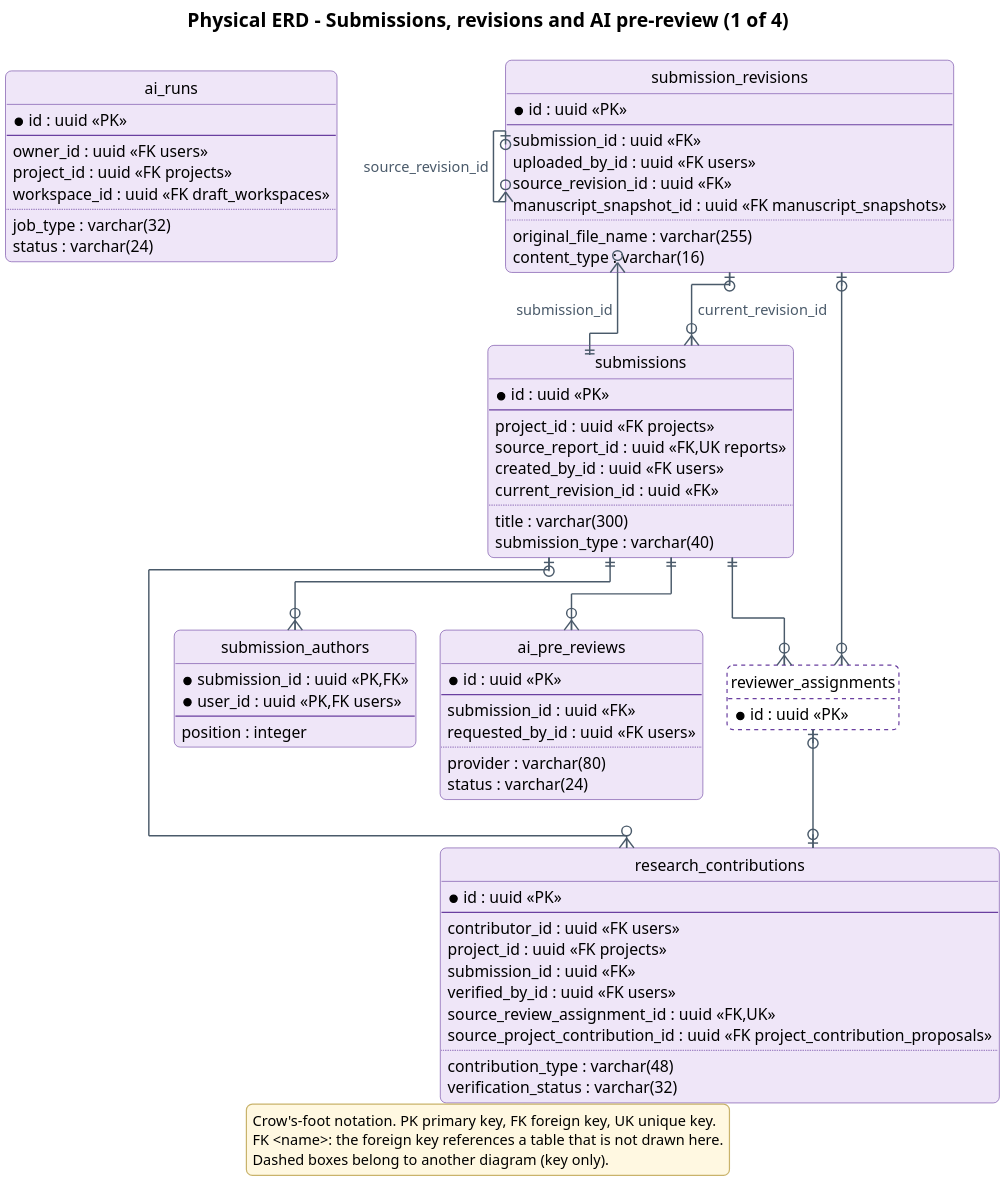
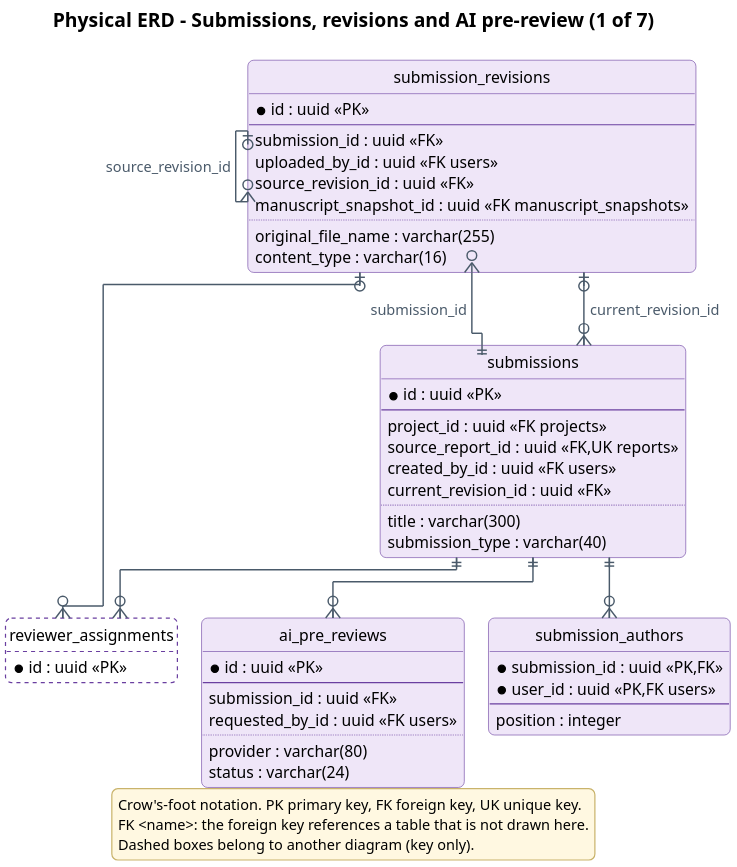
Before and after one commit to Khoa-Hoa-Technology-Solution-Company/lumi-gap: the diagram in docs/diagrams/report4/R4_ERD_review_a.puml, drawn with PlantUML. The commit also changed 202 other files, not shown here.

First line of the commit message:
docs: relayout report diagrams with orthogonal hand-placed layouts

```diff
--- a/docs/diagrams/report4/R4_ERD_review_a.puml
+++ b/docs/diagrams/report4/R4_ERD_review_a.puml
@@ -1,105 +1,80 @@
 @startuml
 !pragma layout elk
 skinparam dpi 200
 skinparam defaultFontName "Segoe UI"
 skinparam defaultFontSize 13
 skinparam shadowing false
 skinparam roundCorner 10
 skinparam backgroundColor #FFFFFF
 skinparam ArrowColor #4A5A6A
 skinparam ArrowThickness 1.2
 skinparam ArrowFontSize 12
 skinparam ArrowFontColor #4A5A6A
 skinparam TitleFontSize 16
 skinparam TitleFontStyle bold
 skinparam entity {
   BackgroundColor #EFE6F8
   BorderColor #6A3FA0
 }
 skinparam legend {
   BackgroundColor #FFF8E1
   BorderColor #C9B36B
   FontSize 12
 }
 skinparam stereotypeFontSize 10
 hide circle
 hide empty methods
-title Physical ERD - Submissions, revisions and AI pre-review (1 of 4)
+title Physical ERD - Submissions, revisions and AI pre-review (1 of 7)
 entity submissions #EFE6F8;line:6A3FA0 {
   * id : uuid <<PK>>
   --
   project_id : uuid <<FK projects>>
   source_report_id : uuid <<FK,UK reports>>
   created_by_id : uuid <<FK users>>
   current_revision_id : uuid <<FK>>
   ..
   title : varchar(300)
   submission_type : varchar(40)
 }
 entity submission_authors #EFE6F8;line:6A3FA0 {
   * submission_id : uuid <<PK,FK>>
   * user_id : uuid <<PK,FK users>>
   --
   position : integer
 }
 entity submission_revisions #EFE6F8;line:6A3FA0 {
   * id : uuid <<PK>>
   --
   submission_id : uuid <<FK>>
   uploaded_by_id : uuid <<FK users>>
   source_revision_id : uuid <<FK>>
   manuscript_snapshot_id : uuid <<FK manuscript_snapshots>>
   ..
   original_file_name : varchar(255)
   content_type : varchar(16)
 }
 entity ai_pre_reviews #EFE6F8;line:6A3FA0 {
   * id : uuid <<PK>>
   --
   submission_id : uuid <<FK>>
   requested_by_id : uuid <<FK users>>
   ..
   provider : varchar(80)
   status : varchar(24)
 }
-entity ai_runs #EFE6F8;line:6A3FA0 {
-  * id : uuid <<PK>>
-  --
-  owner_id : uuid <<FK users>>
-  project_id : uuid <<FK projects>>
-  workspace_id : uuid <<FK draft_workspaces>>
-  ..
-  job_type : varchar(32)
-  status : varchar(24)
-}
-entity research_contributions #EFE6F8;line:6A3FA0 {
-  * id : uuid <<PK>>
-  --
-  contributor_id : uuid <<FK users>>
-  project_id : uuid <<FK projects>>
-  submission_id : uuid <<FK>>
-  verified_by_id : uuid <<FK users>>
-  source_review_assignment_id : uuid <<FK,UK>>
-  source_project_contribution_id : uuid <<FK project_contribution_proposals>>
-  ..
-  contribution_type : varchar(48)
-  verification_status : varchar(32)
-}
 entity reviewer_assignments #FFFFFF;line:6A3FA0;line.dashed {
   * id : uuid <<PK>>
 }
-reviewer_assignments |o--o| research_contributions
 submission_revisions |o--o{ reviewer_assignments
 submission_revisions |o--o{ submission_revisions : source_revision_id
 submission_revisions |o--o{ submissions : current_revision_id
 submissions ||--o{ ai_pre_reviews
-submissions |o--o{ research_contributions
 submissions ||--o{ reviewer_assignments
 submissions ||--o{ submission_authors
 submissions ||--o{ submission_revisions : submission_id
 legend bottom
 Crow's-foot notation. PK primary key, FK foreign key, UK unique key.
 FK <name>: the foreign key references a table that is not drawn here.
 Dashed boxes belong to another diagram (key only).
 endlegend
 @enduml
```
